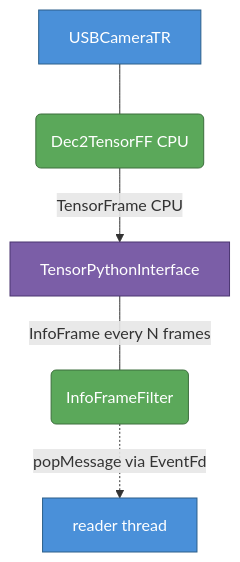
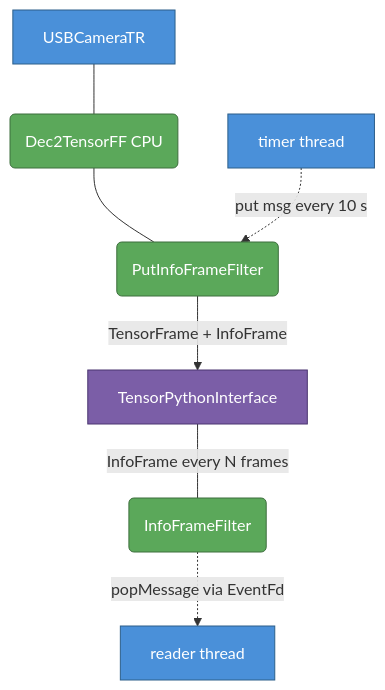
One commit to elsampsa/limef-apps changed the sixth of 14 diagrams in python/README.md. Above: the diagram before and after it, drawn with Mermaid. The commit also changed other lines of this file and 1 other file, not shown here.

````diff
--- a/python/README.md
+++ b/python/README.md
@@ -385,20 +385,24 @@
 ```mermaid
 flowchart TD
     camtr[USBCameraTR]
     d2t(Dec2TensorFF CPU)
+    putff(PutInfoFrameFilter)
+    timer[timer thread]
     pyif[TensorPythonInterface]
     infoff(InfoFrameFilter)
     reader[reader thread]
 
     camtr --- d2t
-    d2t -->|TensorFrame CPU| pyif
+    d2t --- putff
+    timer -.->|put msg every 10 s| putff
+    putff -->|TensorFrame + InfoFrame| pyif
     pyif ---|InfoFrame every N frames| infoff
     infoff -.->|popMessage via EventFd| reader
 
     classDef thread fill:#4a90d9,stroke:#2c5f8a,color:#fff
     classDef pytr   fill:#7b5ea7,stroke:#4a3570,color:#fff
     classDef ff     fill:#5ba85a,stroke:#3d6e3d,color:#fff
-    class camtr,reader thread
+    class camtr,timer,reader thread
     class pyif pytr
-    class d2t,infoff ff
+    class d2t,putff,infoff ff
 ```
````
